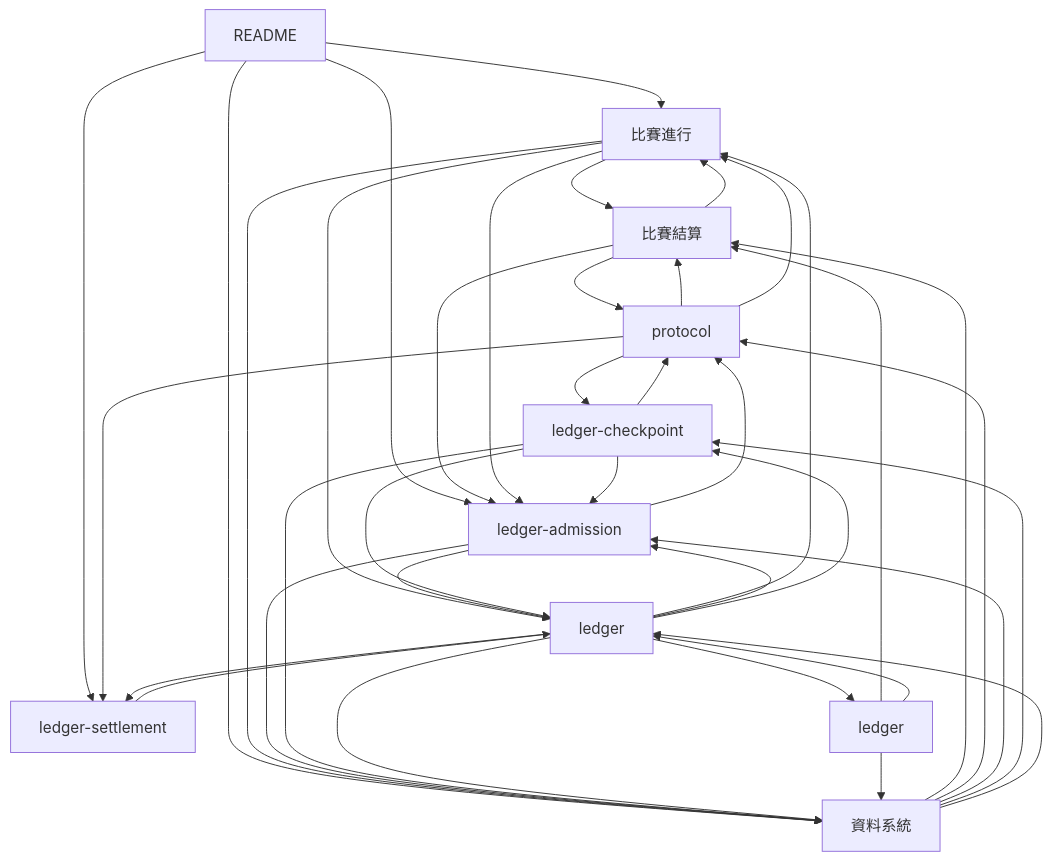
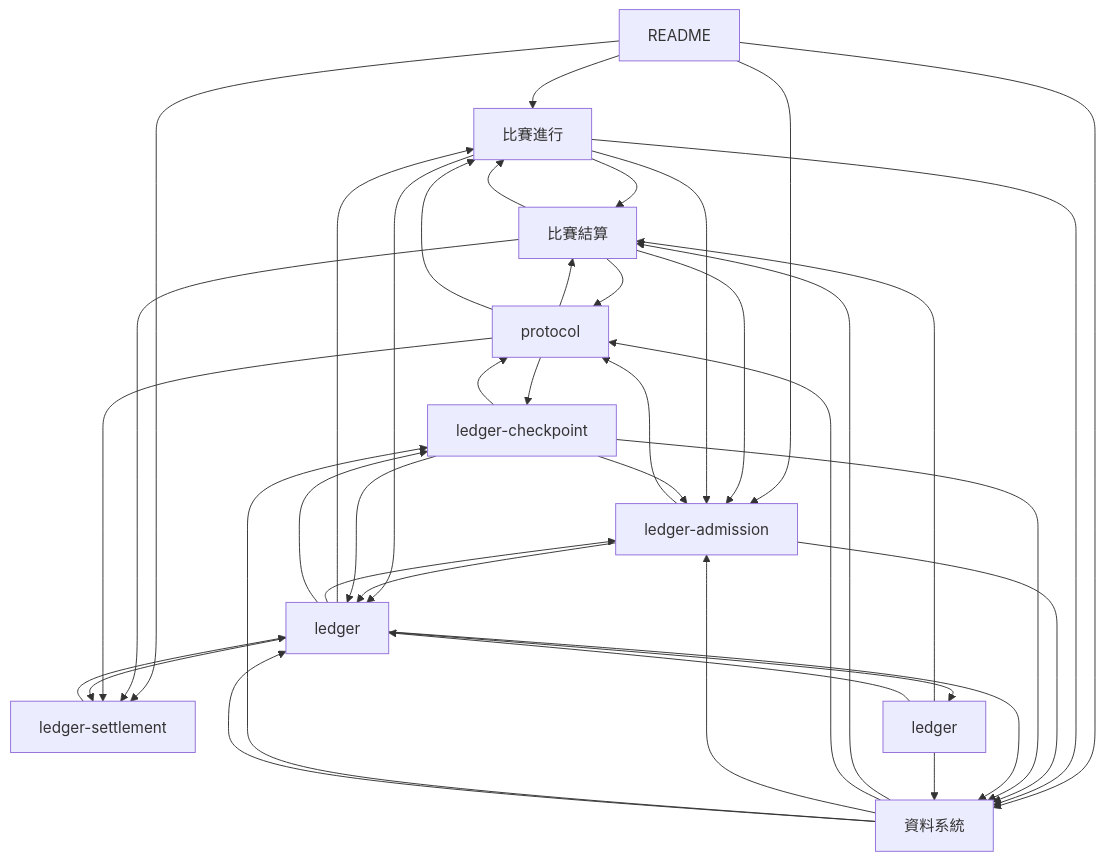
Before and after one commit to xjustloveux/open-4wd-specs: the first of 17 diagrams in docs-map.md, drawn with Mermaid. The commit also changed other lines of this file and 40 other files, not shown here.

````diff
--- a/docs-map.md
+++ b/docs-map.md
@@ -49,50 +49,51 @@
 ```mermaid
 flowchart TB
   n0["README"]
   n1["比賽結算"]
   n2["比賽進行"]
   n3["protocol"]
   n4["ledger-admission"]
   n5["ledger-checkpoint"]
   n6["ledger-settlement"]
   n7["ledger"]
   n8["ledger"]
   n9["資料系統"]
   n0 --> n2
   n0 --> n4
   n0 --> n6
   n0 --> n9
   n1 --> n2
   n1 --> n3
   n1 --> n4
+  n1 --> n6
   n2 --> n1
   n2 --> n4
   n2 --> n7
   n2 --> n9
   n3 --> n1
   n3 --> n2
   n3 --> n5
   n3 --> n6
   n4 --> n3
   n4 --> n7
   n4 --> n9
   n5 --> n3
   n5 --> n4
   n5 --> n7
   n5 --> n9
   n6 --> n7
   n7 --> n2
   n7 --> n4
   n7 --> n5
   n7 --> n6
   n7 --> n8
   n7 --> n9
   n8 --> n1
   n8 --> n7
   n8 --> n9
   n9 --> n1
   n9 --> n3
   n9 --> n4
   n9 --> n5
   n9 --> n7
 ```
````
